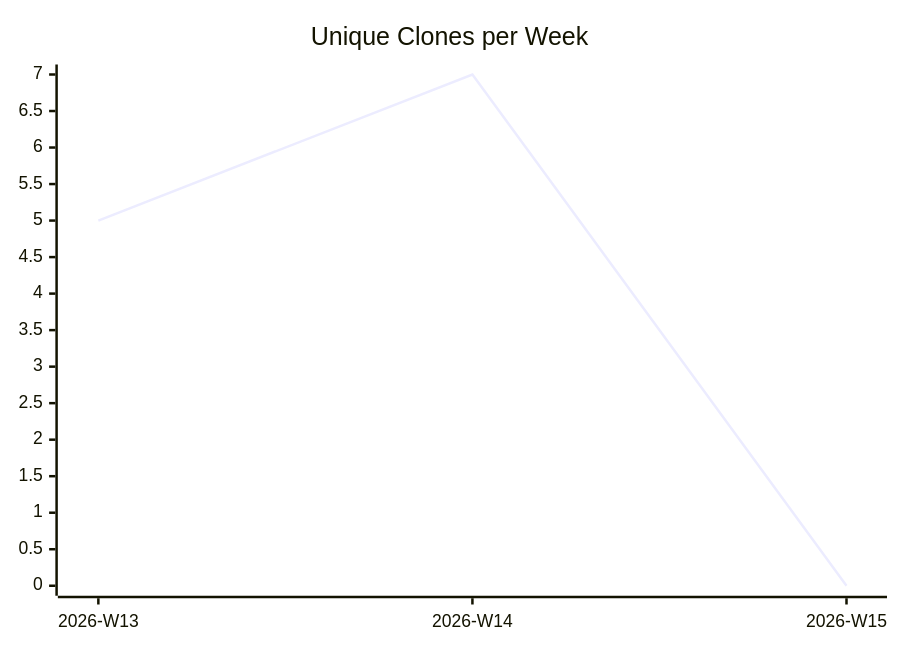
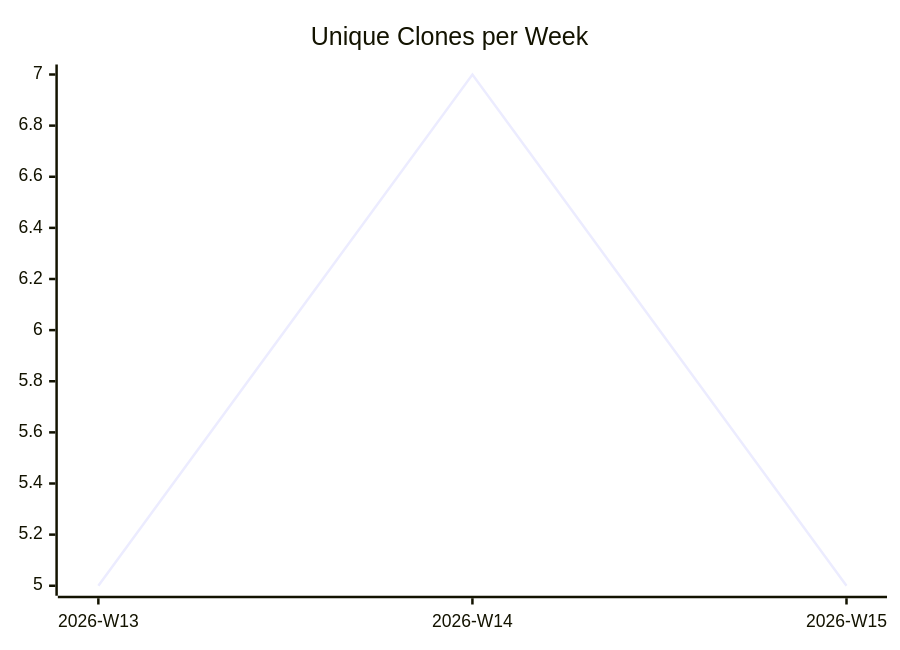
The third of 3 diagrams in karlmdavis/ansible-role-jenkins2/README.md (justdavis-family/github-analytics-data), drawn with Mermaid before and after one commit. The commit also changed other lines of this file and 191 other files, not shown here.

````diff
--- a/karlmdavis/ansible-role-jenkins2/README.md
+++ b/karlmdavis/ansible-role-jenkins2/README.md
@@ -19,6 +19,6 @@
 ```mermaid
 xychart-beta
   title "Unique Clones per Week"
   x-axis ["2026-W13", "2026-W14", "2026-W15"]
-  line [5, 7, 0]
+  line [5, 7, 5]
 ```
````
